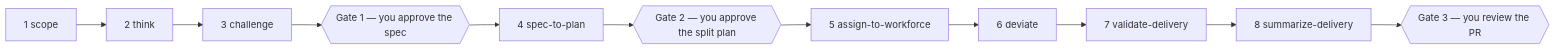
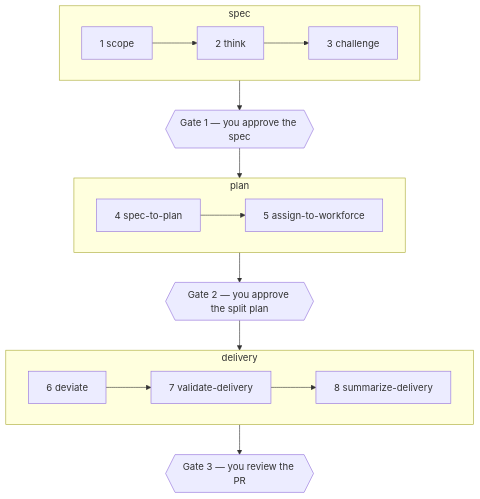
The diagram in README.md (agentculture/devague), drawn with Mermaid before and after one commit.

Commit message:
README: diagram in three rows (spec / plan / delivery) with the gates between them
Claude-Session: https://claude.ai/code/session_01NBUnemNDpVK7dD63m9HQNK

````diff
--- a/README.md
+++ b/README.md
@@ -34,8 +34,18 @@
 ```mermaid
-flowchart LR
-  S[1 scope] --> T[2 think] --> C[3 challenge]
-  C --> G1{{Gate 1 — you approve the spec}}
-  G1 --> P[4 spec-to-plan] --> G2{{Gate 2 — you approve the split plan}}
-  G2 --> A[5 assign-to-workforce] --> D[6 deviate] --> V[7 validate-delivery]
-  V --> Z[8 summarize-delivery] --> G3{{Gate 3 — you review the PR}}
+flowchart TB
+  subgraph spec [spec]
+    direction LR
+    S[1 scope] --> T[2 think] --> C[3 challenge]
+  end
+  subgraph plan [plan]
+    direction LR
+    P[4 spec-to-plan] --> A[5 assign-to-workforce]
+  end
+  subgraph delivery [delivery]
+    direction LR
+    D[6 deviate] --> V[7 validate-delivery] --> Z[8 summarize-delivery]
+  end
+  C --> G1{{Gate 1 — you approve the spec}} --> P
+  A --> G2{{Gate 2 — you approve the split plan}} --> D
+  Z --> G3{{Gate 3 — you review the PR}}
 ```
````
